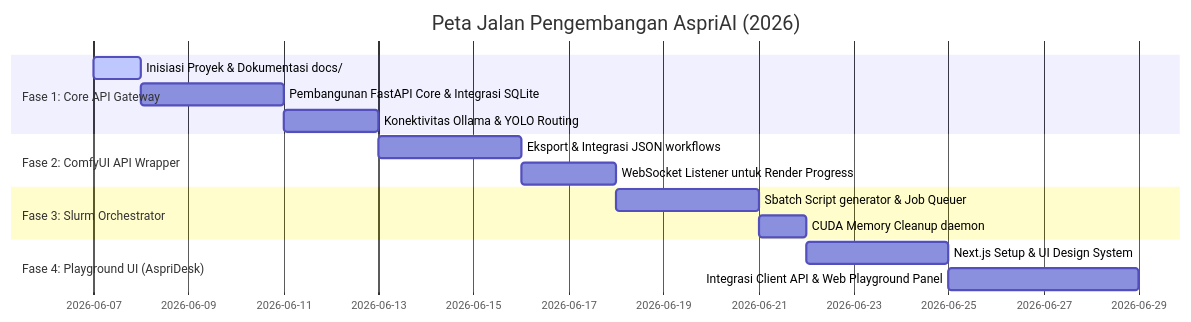
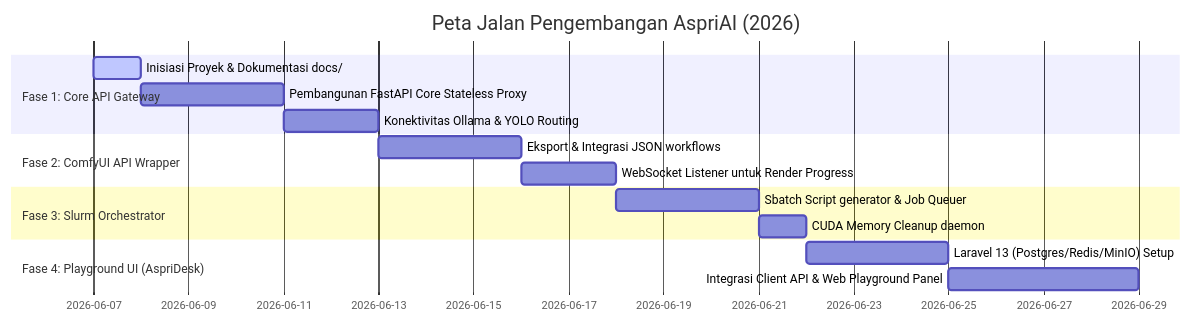
Before and after one commit to vnot-programming/aspri: the diagram in docs/SDP.md, drawn with Mermaid. The commit also changed other lines of this file and 5 other files, not shown here.

Commit message:
docs: sync architecture docs to Laravel 13 decoupled ecosystem

````diff
--- a/docs/SDP.md
+++ b/docs/SDP.md
@@ -7,18 +7,18 @@
 ```mermaid
 gantt
     title Peta Jalan Pengembangan AspriAI (2026)
     dateFormat  YYYY-MM-DD
     section Fase 1: Core API Gateway
     Inisiasi Proyek & Dokumentasi docs/   :active, des1, 2026-06-07, 1d
-    Pembangunan FastAPI Core & Integrasi SQLite : des2, after des1, 3d
+    Pembangunan FastAPI Core Stateless Proxy    : des2, after des1, 3d
     Konektivitas Ollama & YOLO Routing          : des3, after des2, 2d
     section Fase 2: ComfyUI API Wrapper
     Eksport & Integrasi JSON workflows         : des4, after des3, 3d
     WebSocket Listener untuk Render Progress    : des5, after des4, 2d
     section Fase 3: Slurm Orchestrator
     Sbatch Script generator & Job Queuer        : des6, after des5, 3d
     CUDA Memory Cleanup daemon                  : des7, after des6, 1d
     section Fase 4: Playground UI (AspriDesk)
-    Next.js Setup & UI Design System            : des8, after des7, 3d
+    Laravel 13 (Postgres/Redis/MinIO) Setup     : des8, after des7, 3d
     Integrasi Client API & Web Playground Panel : des9, after des8, 4d
 ```
````
